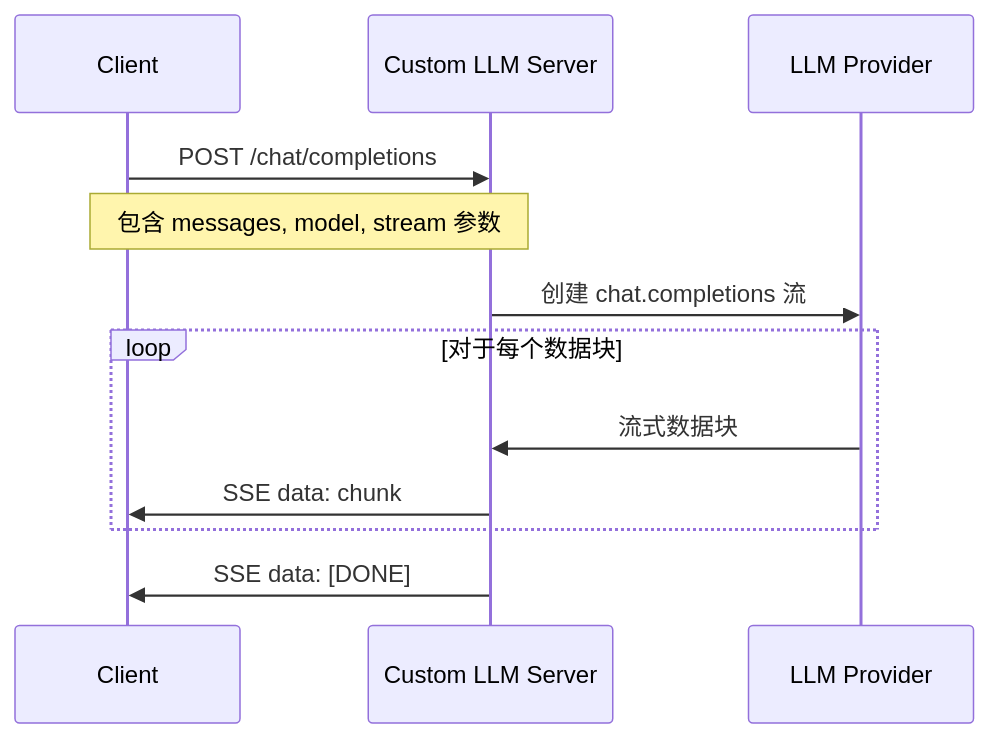
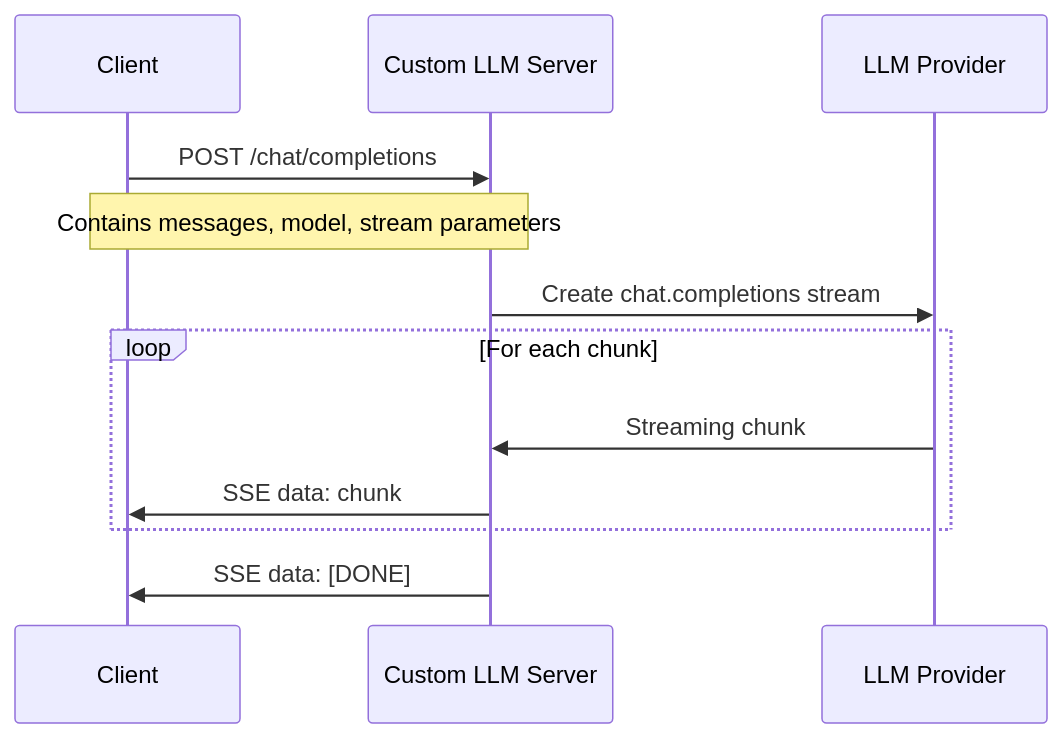
The second of 2 diagrams in server-custom-llm/README.md (alienzh/Agora-AI-Recipes-Starter), drawn with Mermaid before and after one commit. The commit also changed other lines of this file and 1 other file, not shown here.

Commit message:
docs(server-custom-llm): translate comments to English and add Chinese README

````diff
--- a/server-custom-llm/README.md
+++ b/server-custom-llm/README.md
@@ -163,18 +172,18 @@
 ```mermaid
 sequenceDiagram
     participant Client
     participant Server as Custom LLM Server
     participant LLM as LLM Provider
 
     Client->>Server: POST /chat/completions
-    Note over Client,Server: 包含 messages, model, stream 参数
+    Note over Client,Server: Contains messages, model, stream parameters
 
-    Server->>LLM: 创建 chat.completions 流
+    Server->>LLM: Create chat.completions stream
 
-    loop 对于每个数据块
-        LLM->>Server: 流式数据块
+    loop For each chunk
+        LLM->>Server: Streaming chunk
         Server->>Client: SSE data: chunk
     end
 
     Server->>Client: SSE data: [DONE]
 ```
````
